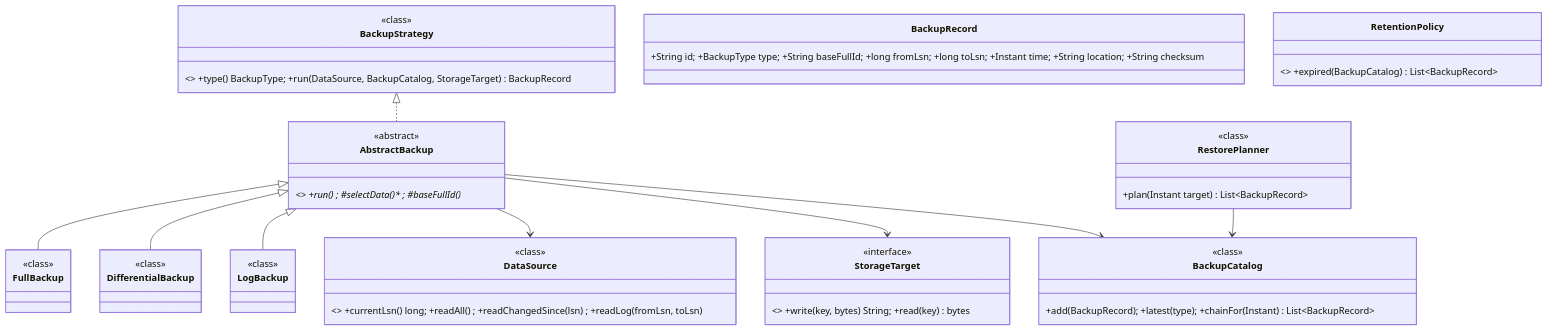
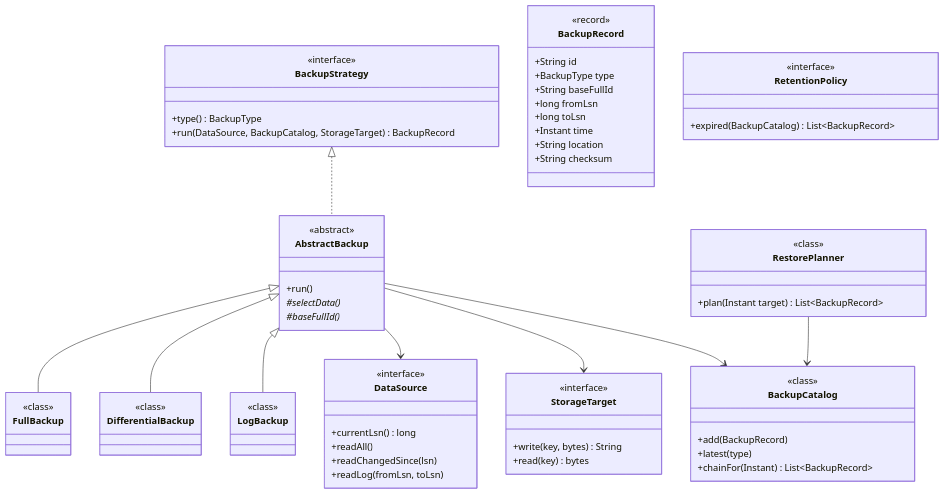
Before and after one commit to amarkum/amarkumar.guru: the first of 2 diagrams in system-design/lld/22-backup-system.md, drawn with Mermaid. The commit also changed other lines of this file and 27 other files, not shown here.

````diff
--- a/system-design/lld/22-backup-system.md
+++ b/system-design/lld/22-backup-system.md
@@ -40,7 +40,16 @@
 ```mermaid
 classDiagram
-    class BackupStrategy { <<interface>> +type() BackupType; +run(DataSource, BackupCatalog, StorageTarget) BackupRecord }
-    class AbstractBackup { <<abstract>> +run() ; #selectData()* ; #baseFullId()* }
+    class BackupStrategy {
+      <<interface>>
+      +type() BackupType
+      +run(DataSource, BackupCatalog, StorageTarget) BackupRecord
+    }
+    class AbstractBackup {
+      <<abstract>>
+      +run()
+      #selectData()*
+      #baseFullId()*
+    }
     class FullBackup {
       <<class>>
     }
@@ -50,12 +59,41 @@
     class LogBackup {
       <<class>>
     }
-    class DataSource { <<interface>> +currentLsn() long; +readAll() ; +readChangedSince(lsn) ; +readLog(fromLsn, toLsn) }
-    class StorageTarget { <<interface>> +write(key, bytes) String; +read(key) bytes }
-    class BackupRecord { +String id; +BackupType type; +String baseFullId; +long fromLsn; +long toLsn; +Instant time; +String location; +String checksum }
-    class BackupCatalog { +add(BackupRecord); +latest(type); +chainFor(Instant) List~BackupRecord~ }
-    class RestorePlanner { +plan(Instant target) List~BackupRecord~ }
-    class RetentionPolicy { <<interface>> +expired(BackupCatalog) List~BackupRecord~ }
+    class DataSource {
+      <<interface>>
+      +currentLsn() long
+      +readAll()
+      +readChangedSince(lsn)
+      +readLog(fromLsn, toLsn)
+    }
+    class StorageTarget {
+      <<interface>>
+      +write(key, bytes) String
+      +read(key) bytes
+    }
+    class BackupRecord {
+      <<record>>
+      +String id
+      +BackupType type
+      +String baseFullId
+      +long fromLsn
+      +long toLsn
+      +Instant time
+      +String location
+      +String checksum
+    }
+    class BackupCatalog {
+      +add(BackupRecord)
+      +latest(type)
+      +chainFor(Instant) List~BackupRecord~
+    }
+    class RestorePlanner {
+      +plan(Instant target) List~BackupRecord~
+    }
+    class RetentionPolicy {
+      <<interface>>
+      +expired(BackupCatalog) List~BackupRecord~
+    }
     BackupStrategy <|.. AbstractBackup
     AbstractBackup <|-- FullBackup
     AbstractBackup <|-- DifferentialBackup
````
